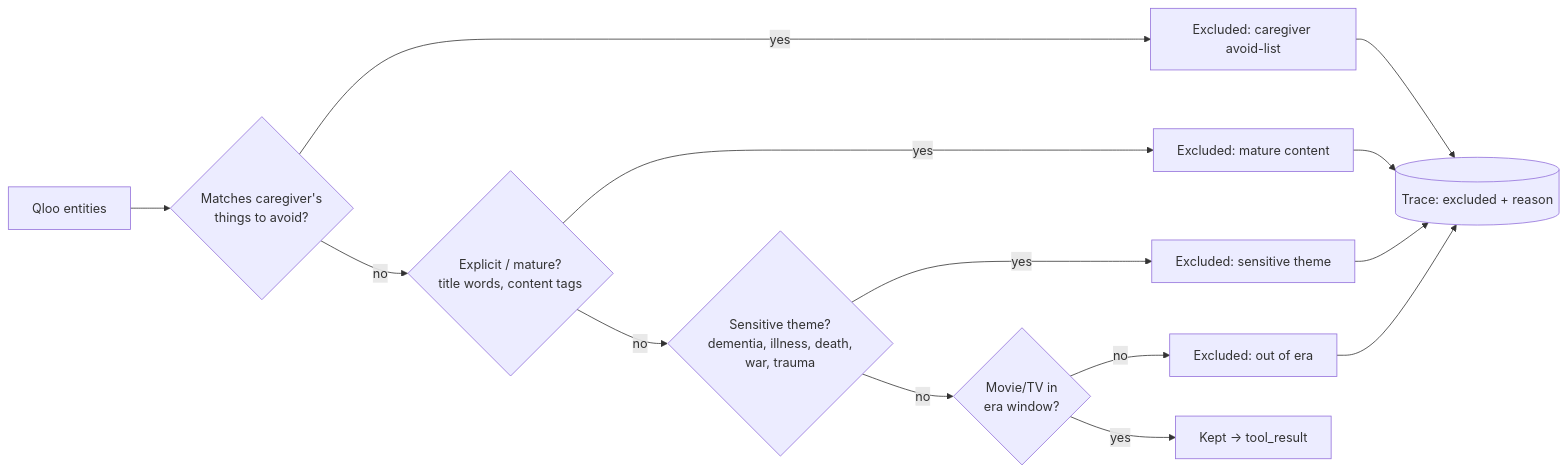
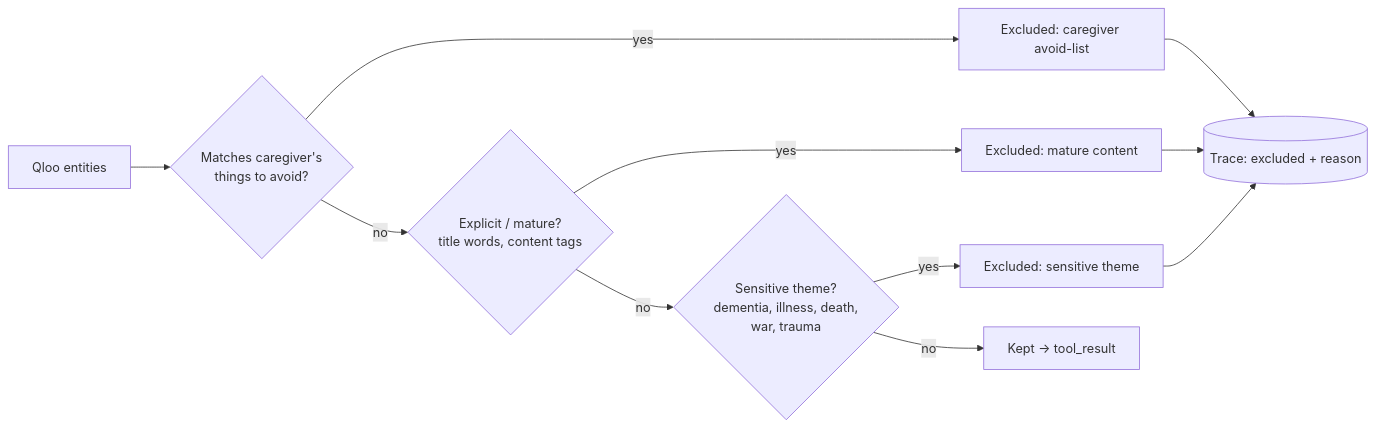
Before and after one commit to PrathibhaDevkar/memory-lane: the fourth of 8 diagrams in docs/implementation-plan.md, drawn with Mermaid. The commit also changed other lines of this file and 1 other file, not shown here.

````diff
--- a/docs/implementation-plan.md
+++ b/docs/implementation-plan.md
@@ -157,13 +174,11 @@
 ```mermaid
 flowchart LR
     RAW[Qloo entities] --> A{Matches caregiver's<br/>things to avoid?}
     A -- yes --> X1[Excluded: caregiver avoid-list]
     A -- no --> B{Explicit / mature?<br/>title words, content tags}
     B -- yes --> X2[Excluded: mature content]
     B -- no --> C{Sensitive theme?<br/>dementia, illness, death,<br/>war, trauma}
     C -- yes --> X3[Excluded: sensitive theme]
-    C -- no --> D{Movie/TV in<br/>era window?}
-    D -- no --> X4[Excluded: out of era]
-    D -- yes --> KEEP[Kept → tool_result]
-    X1 & X2 & X3 & X4 --> TRACE[(Trace: excluded + reason)]
+    C -- no --> KEEP[Kept → tool_result]
+    X1 & X2 & X3 --> TRACE[(Trace: excluded + reason)]
 ```
````
